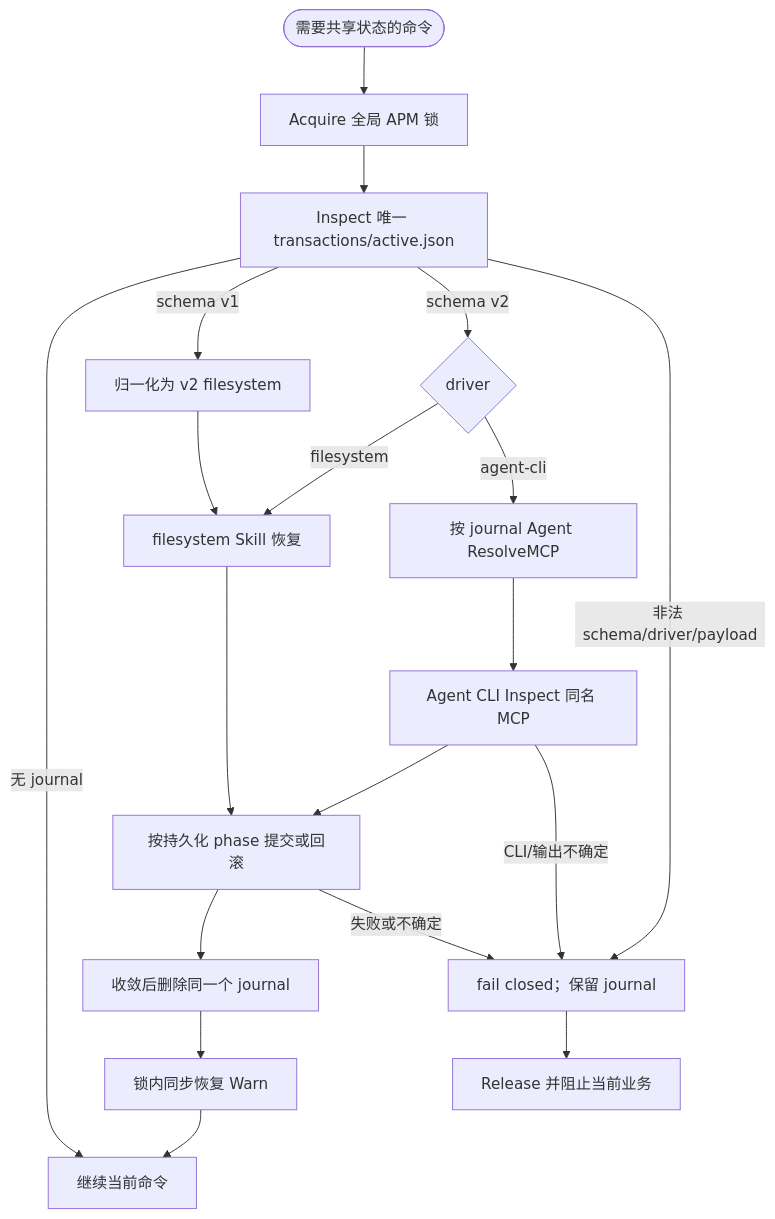
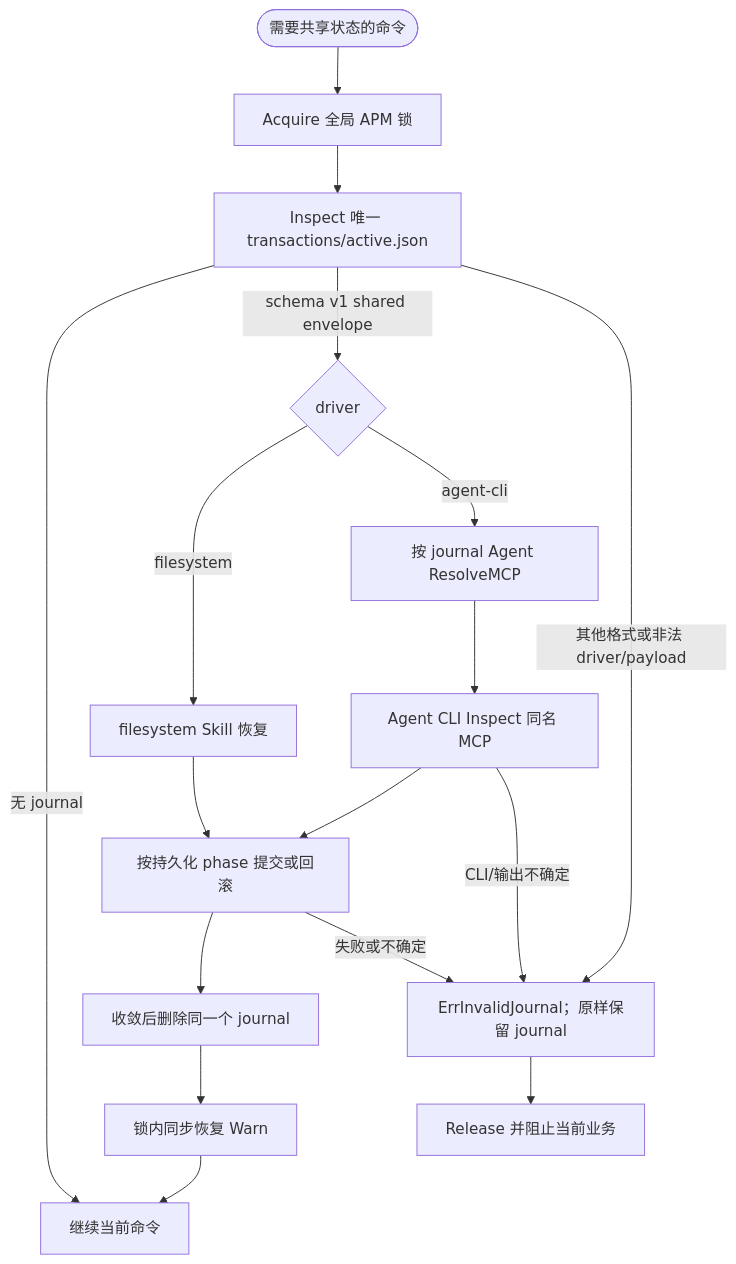
Before and after one commit to spacemit-com/agent-power-manager: the diagram in ivory-tower/c4/components/apm-cli-lifecycle-diagrams/common-journal-recovery.mmd, drawn with Mermaid. The commit also changed 11 other files, not shown here.

Commit message:
docs(transaction): record single journal schema

```diff
--- a/ivory-tower/c4/components/apm-cli-lifecycle-diagrams/common-journal-recovery.mmd
+++ b/ivory-tower/c4/components/apm-cli-lifecycle-diagrams/common-journal-recovery.mmd
@@ -1,19 +1,17 @@
 flowchart TD
     Start([需要共享状态的命令]) --> Lock[Acquire 全局 APM 锁]
     Lock --> Inspect[Inspect 唯一 transactions/active.json]
     Inspect -->|无 journal| Resume[继续当前命令]
-    Inspect -->|schema v1| Normalize[归一化为 v2 filesystem]
-    Inspect -->|schema v2| Driver{driver}
-    Normalize --> FS[filesystem Skill 恢复]
-    Driver -->|filesystem| FS
+    Inspect -->|schema v1 shared envelope| Driver{driver}
+    Driver -->|filesystem| FS[filesystem Skill 恢复]
     Driver -->|agent-cli| CLI[按 journal Agent ResolveMCP]
     FS --> Converge[按持久化 phase 提交或回滚]
     CLI --> InspectMCP[Agent CLI Inspect 同名 MCP]
     InspectMCP --> Converge
     Converge --> Delete[收敛后删除同一个 journal]
     Delete --> Warn[锁内同步恢复 Warn]
     Warn --> Resume
-    Inspect -->|非法 schema/driver/payload| Fail[fail closed；保留 journal]
+    Inspect -->|其他格式或非法 driver/payload| Fail[ErrInvalidJournal；原样保留 journal]
     InspectMCP -->|CLI/输出不确定| Fail
     Converge -->|失败或不确定| Fail
     Fail --> Release[Release 并阻止当前业务]
```
